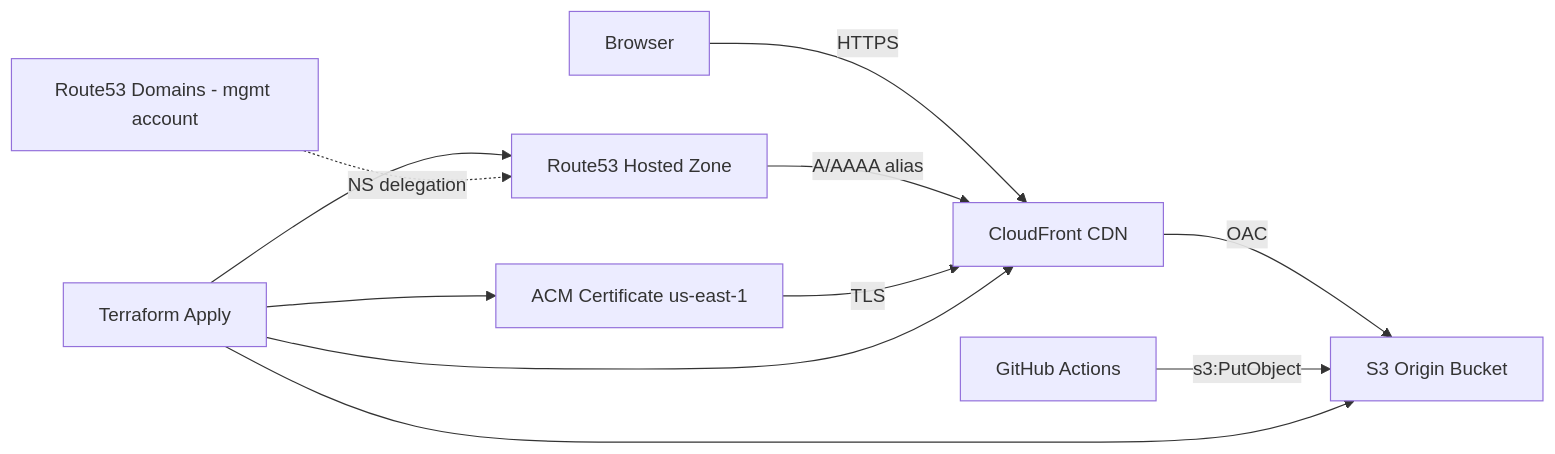
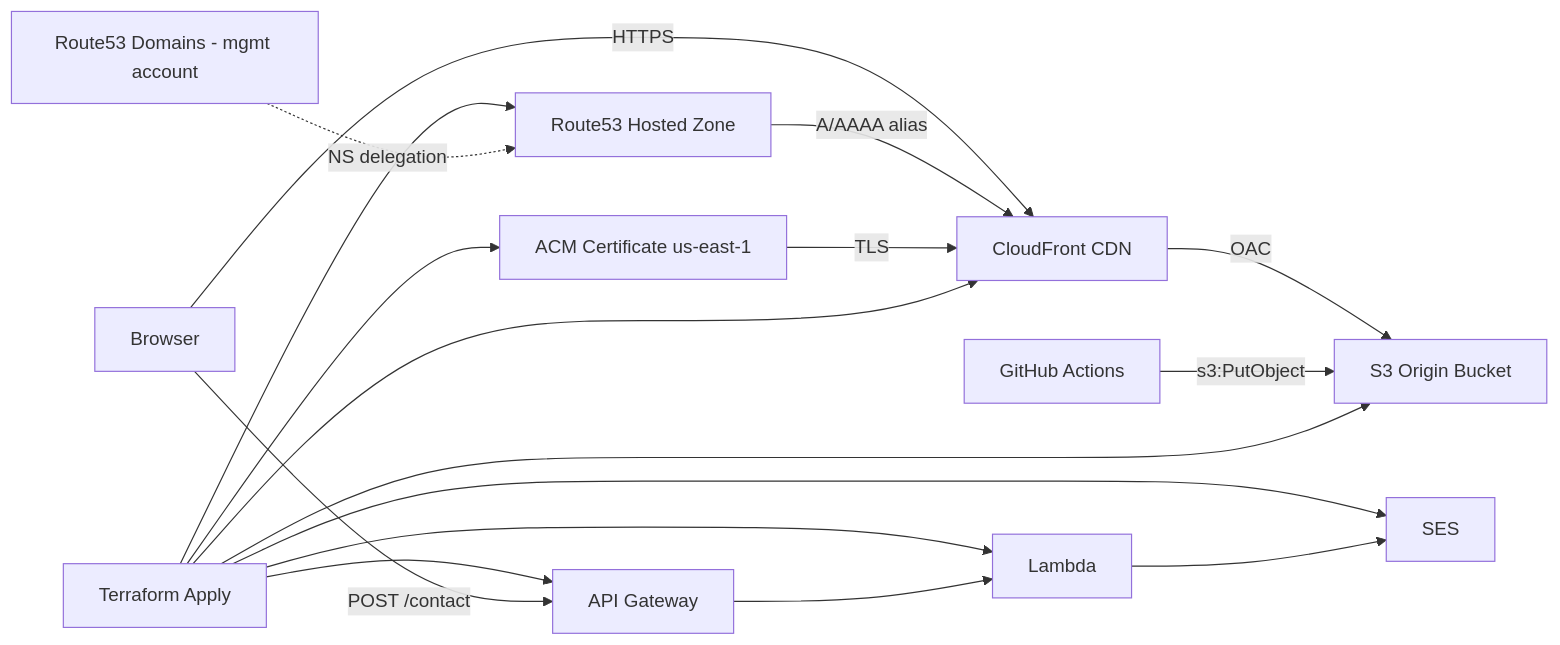
Before and after one commit to ugns/double-j-website: the diagram in docs/INFRASTRUCTURE.md, drawn with Mermaid. The commit also changed other lines of this file and 19 other files, not shown here.

First line of the commit message:
Add contact form functionality with API Gateway and Lambda integration

````diff
--- a/docs/INFRASTRUCTURE.md
+++ b/docs/INFRASTRUCTURE.md
@@ -30,13 +30,19 @@
 ```mermaid
 flowchart LR
   User[Browser] -->|HTTPS| CF[CloudFront CDN]
   CF -->|OAC| S3[S3 Origin Bucket]
   R53[Route53 Hosted Zone] -->|A/AAAA alias| CF
   ACM[ACM Certificate us-east-1] -->|TLS| CF
   GHA[GitHub Actions] -->|s3:PutObject| S3
   TF[Terraform Apply] --> CF
   TF --> S3
   TF --> R53
   TF --> ACM
+  TF --> APIGW[API Gateway]
+  TF --> Lambda
+  TF --> SES
+  User -->|POST /contact| APIGW
+  APIGW --> Lambda
+  Lambda --> SES
   MgmtReg[Route53 Domains - mgmt account] -.->|NS delegation| R53
 ```
````
